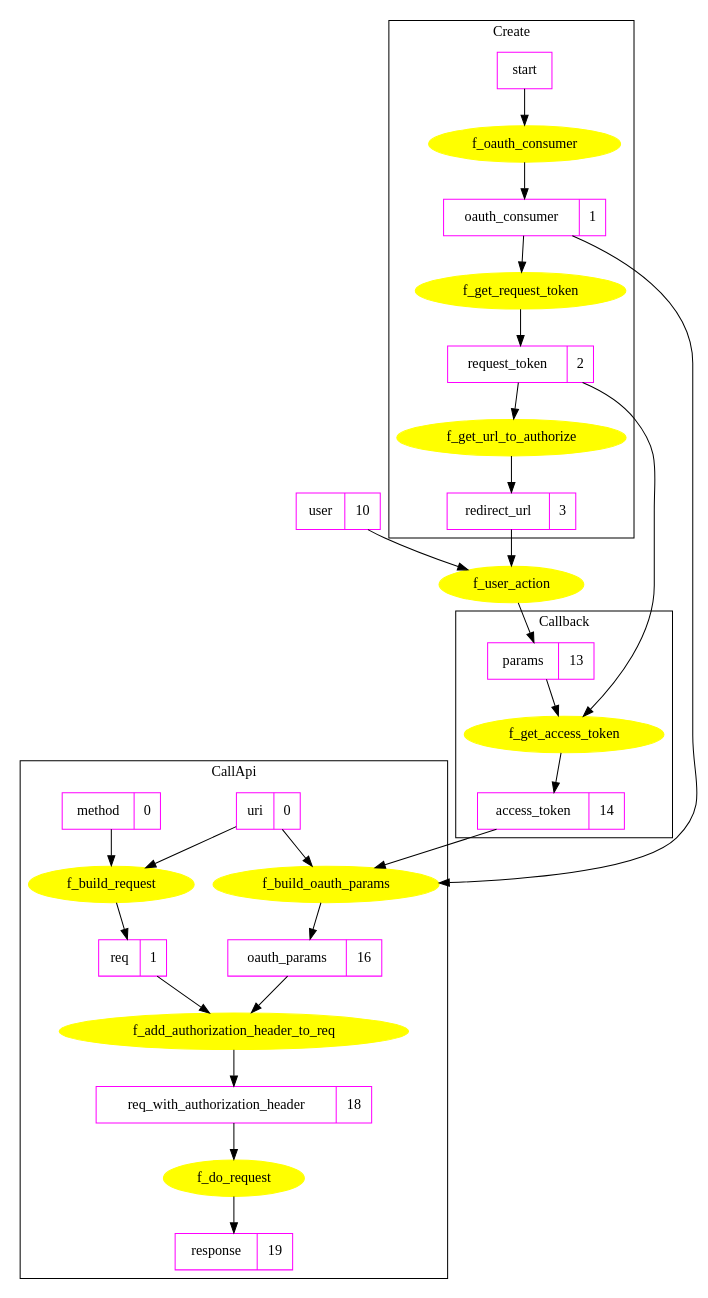
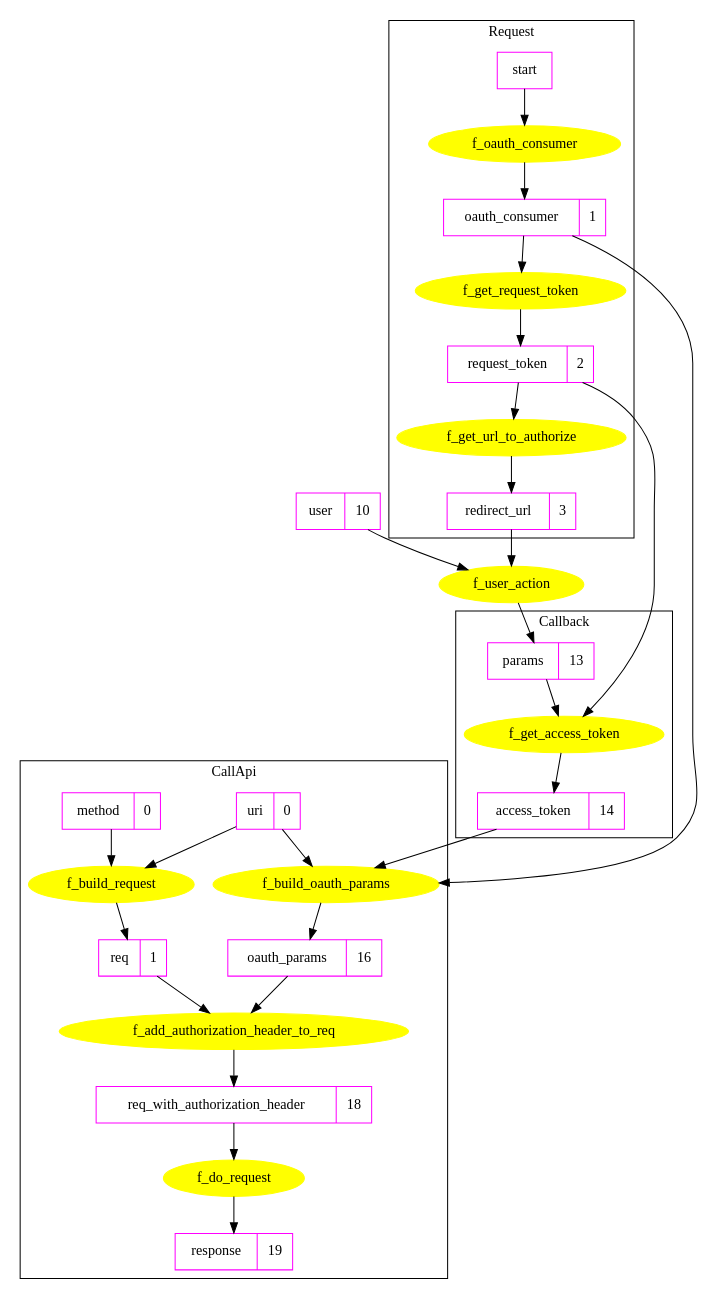
The diagram in doc/program.dot (craccho/maiz), drawn with Graphviz before and after one commit. The commit also changed 5 other files, not shown here.

```diff
--- a/doc/program.dot
+++ b/doc/program.dot
@@ -1,58 +1,58 @@
 digraph {
     node [shape=oval color="#ffff00" style=filled];
     f_oauth_consumer; f_get_request_token;
     f_get_url_to_authorize; f_get_access_token;
     f_user_action;
     f_build_request; f_build_oauth_params;
     f_add_authorization_header_to_req;
     f_do_request;
 
     node [shape="record" color="#ff00ff" style=""];
     method [label="method|0" ];
     uri [label="uri|0" ];
     req [label="req|1" ];
     oauth_consumer [label="oauth_consumer|1" ];
     request_token [label="request_token|2" ];
     redirect_url [label="redirect_url|3" ];
     user [label="user|10" ];
     params [label="params|13" ];
     access_token [label="access_token|14" ];
     oauth_params [label="oauth_params|16" ];
     req_with_authorization_header [label="req_with_authorization_header|18" ];
     response [label="response|19" ];
 
-    subgraph clusterCreate {
-        label = "Create"
+    subgraph clusterRequest {
+        label = "Request"
         start -> f_oauth_consumer;
         f_oauth_consumer -> oauth_consumer;
         oauth_consumer -> f_get_request_token;
         f_get_request_token -> request_token;
         // {session, request_token} -> session [label = "save_request_token_to_session"];
         request_token -> f_get_url_to_authorize;
         f_get_url_to_authorize -> redirect_url;
     }
 
     subgraph clusterCallback {
         label = "Callback"
         // {oauth_consumer, session} -> request_token [label = "extract_request_token"];
         {request_token, params} -> f_get_access_token;
         f_get_access_token -> access_token;
         // {access_token, session} -> session [label = "store_access_token_to_session"];
     }
 
     {redirect_url, user} -> f_user_action;
     f_user_action -> params;
 
     subgraph clusterCallApi {
         label = "CallApi"
         {uri, method} -> f_build_request;
         f_build_request -> req;
         {oauth_consumer, access_token, uri} -> f_build_oauth_params;
         f_build_oauth_params -> oauth_params;
         {oauth_params, req} -> f_add_authorization_header_to_req;
         f_add_authorization_header_to_req -> req_with_authorization_header;
         req_with_authorization_header -> f_do_request;
         f_do_request -> response;
     }
 
 }
```
